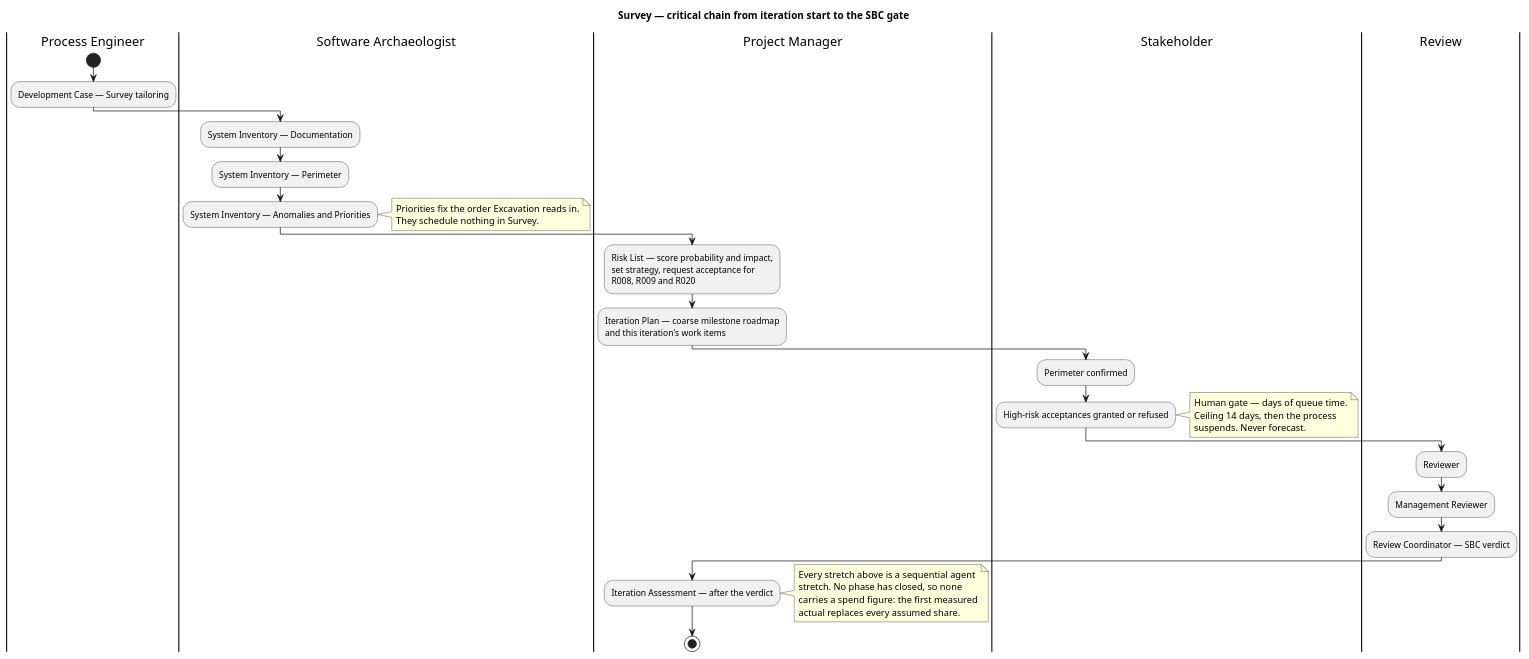
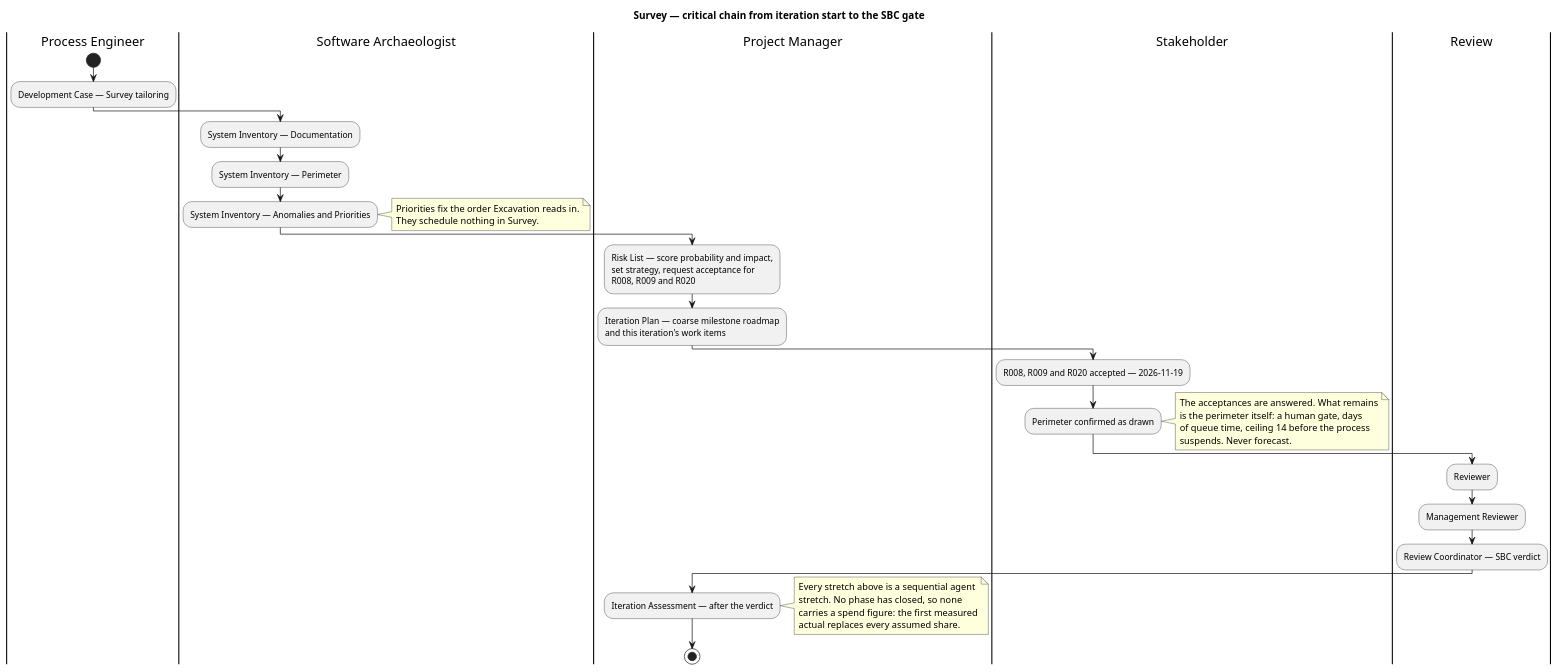
Before and after one commit to banense-test/TodoApp: the third of 3 diagrams in docs/artifacts/project-management/iteration-plan.md, drawn with PlantUML.

Commit message:
Project Manager [Survey1]: upsert Iteration Plan
[skip ci]

````diff
--- a/docs/artifacts/project-management/iteration-plan.md
+++ b/docs/artifacts/project-management/iteration-plan.md
@@ -160,51 +160,52 @@
 ```plantuml
 @startuml
 title Survey — critical chain from iteration start to the SBC gate
 skinparam shadowing false
 skinparam defaultTextAlignment left
 
 |Process Engineer|
 start
 :Development Case — Survey tailoring;
 
 |Software Archaeologist|
 :System Inventory — Documentation;
 :System Inventory — Perimeter;
 :System Inventory — Anomalies and Priorities;
 note right
   Priorities fix the order Excavation reads in.
   They schedule nothing in Survey.
 end note
 
 |Project Manager|
 :Risk List — score probability and impact,
 set strategy, request acceptance for
 R008, R009 and R020;
 :Iteration Plan — coarse milestone roadmap
 and this iteration's work items;
 
 |Stakeholder|
-:Perimeter confirmed;
-:High-risk acceptances granted or refused;
+:R008, R009 and R020 accepted — 2026-11-19;
+:Perimeter confirmed as drawn;
 note right
-  Human gate — days of queue time.
-  Ceiling 14 days, then the process
+  The acceptances are answered. What remains
+  is the perimeter itself: a human gate, days
+  of queue time, ceiling 14 before the process
   suspends. Never forecast.
 end note
 
 |Review|
 :Reviewer;
 :Management Reviewer;
 :Review Coordinator — SBC verdict;
 
 |Project Manager|
 :Iteration Assessment — after the verdict;
 note right
   Every stretch above is a sequential agent
   stretch. No phase has closed, so none
   carries a spend figure: the first measured
   actual replaces every assumed share.
 end note
 stop
 @enduml
 ```
````
